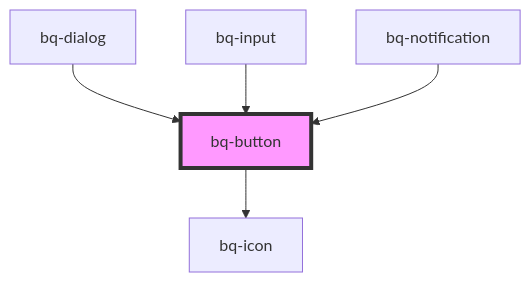
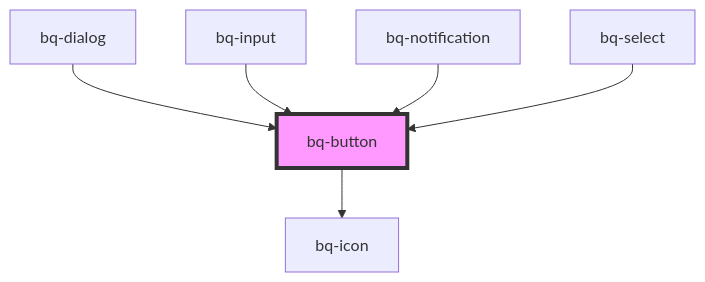
One commit to Endava/BEEQ changed the diagram in packages/bee-q/src/components/button/readme.md. Above: the diagram before and after it, drawn with Mermaid. The commit also changed other lines of this file and 4 other files, not shown here.

````diff
--- a/packages/bee-q/src/components/button/readme.md
+++ b/packages/bee-q/src/components/button/readme.md
@@ -61,8 +62,9 @@
 ```mermaid
 graph TD;
   bq-button --> bq-icon
   bq-dialog --> bq-button
   bq-input --> bq-button
   bq-notification --> bq-button
+  bq-select --> bq-button
   style bq-button fill:#f9f,stroke:#333,stroke-width:4px
 ```
````
